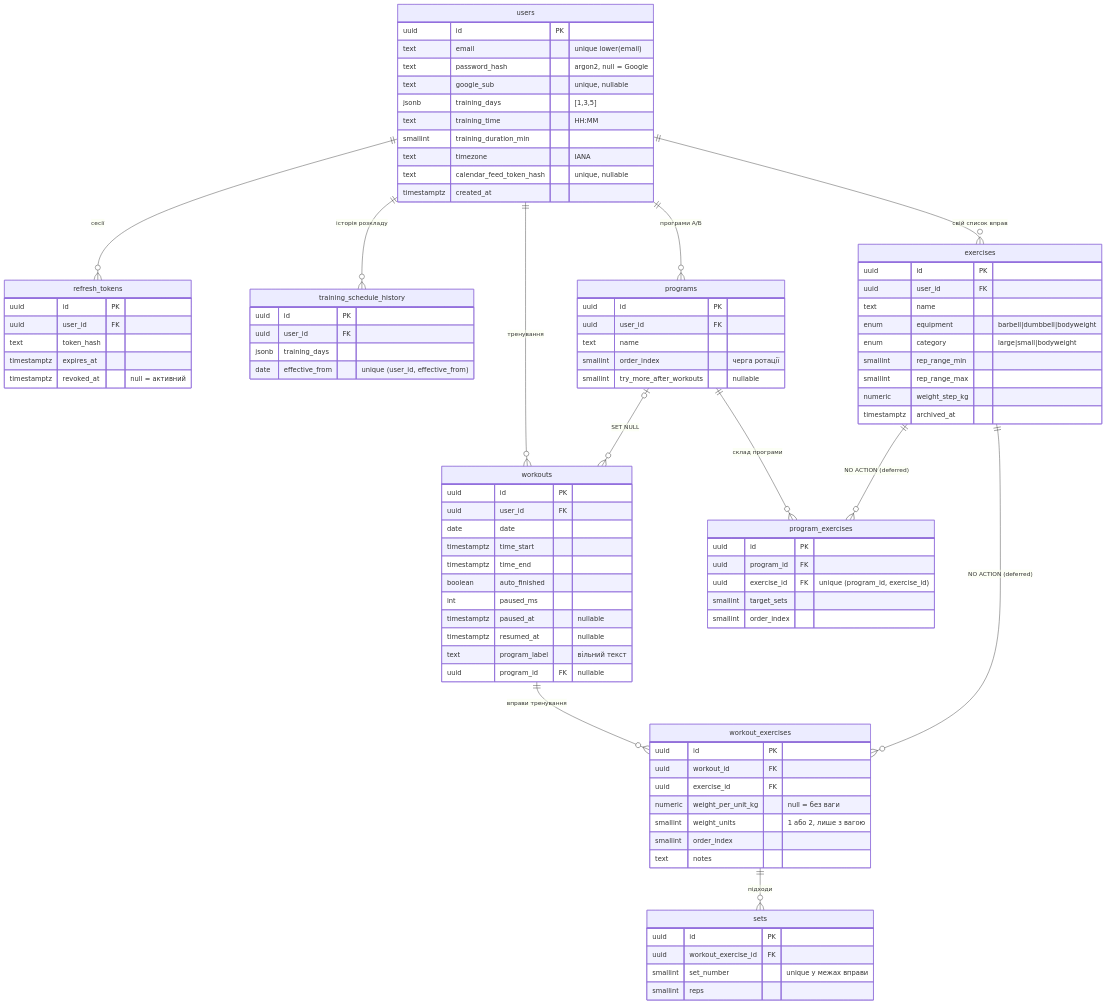
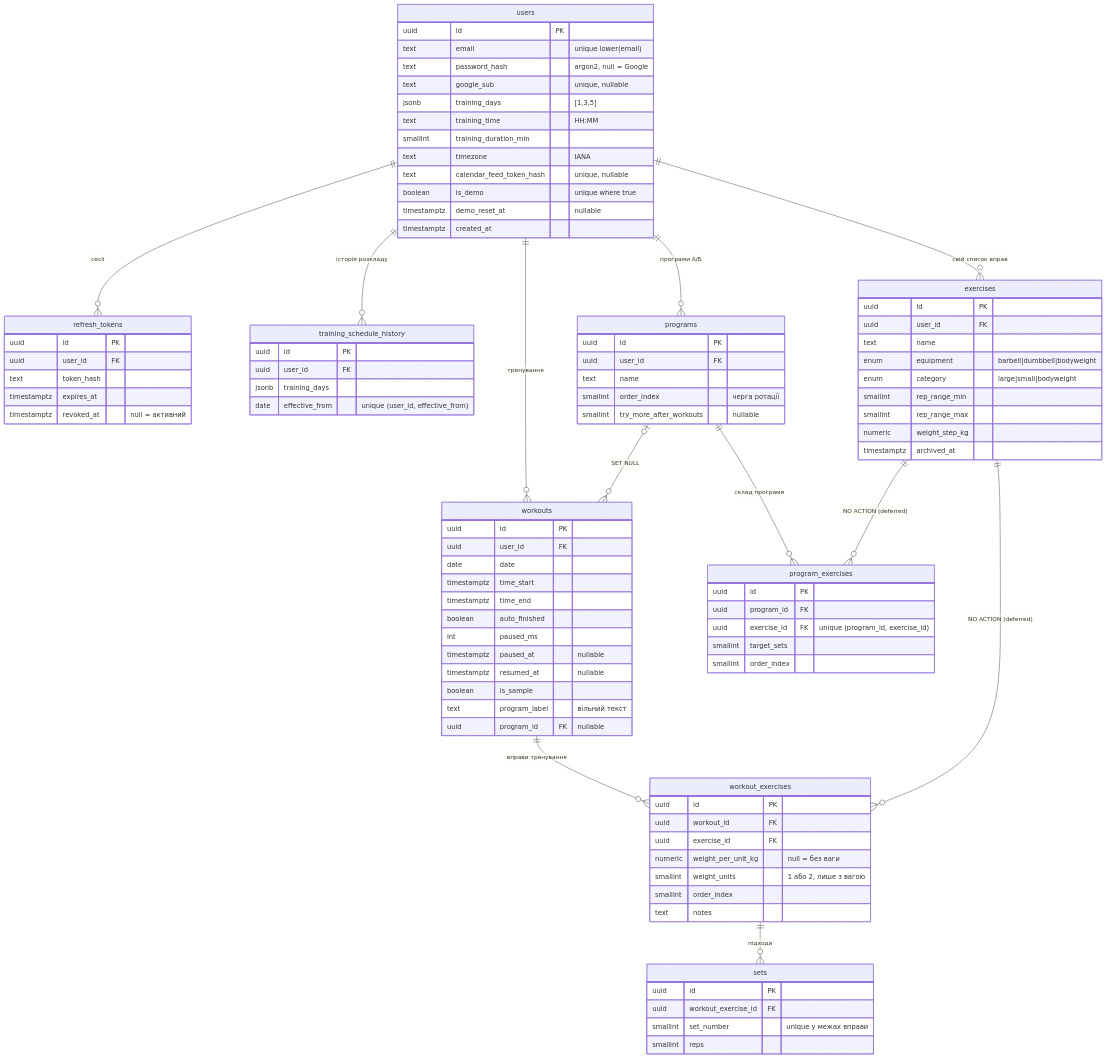
Before and after one commit to SergioBurlaka/MyGym: the diagram in docs/db/ARCHITECTURE.md, drawn with Mermaid. The commit also changed other lines of this file and 1 other file, not shown here.

Commit message:
docs(db): document demo and sample columns, refresh schema dump

```diff
--- a/docs/db/ARCHITECTURE.md
+++ b/docs/db/ARCHITECTURE.md
@@ -33,6 +33,8 @@
         smallint training_duration_min
         text timezone "IANA"
         text calendar_feed_token_hash "unique, nullable"
+        boolean is_demo "unique where true"
+        timestamptz demo_reset_at "nullable"
         timestamptz created_at
     }
     refresh_tokens {
@@ -83,6 +85,7 @@
         int paused_ms
         timestamptz paused_at "nullable"
         timestamptz resumed_at "nullable"
+        boolean is_sample
         text program_label "вільний текст"
         uuid program_id FK "nullable"
     }
```
